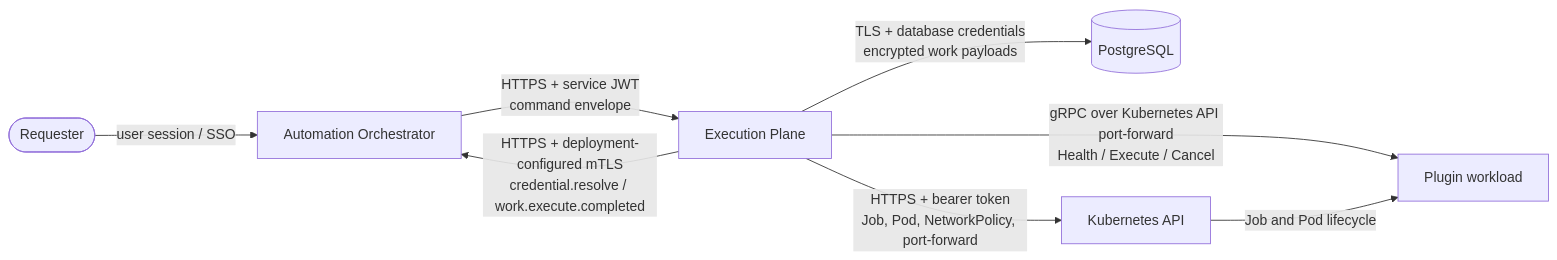
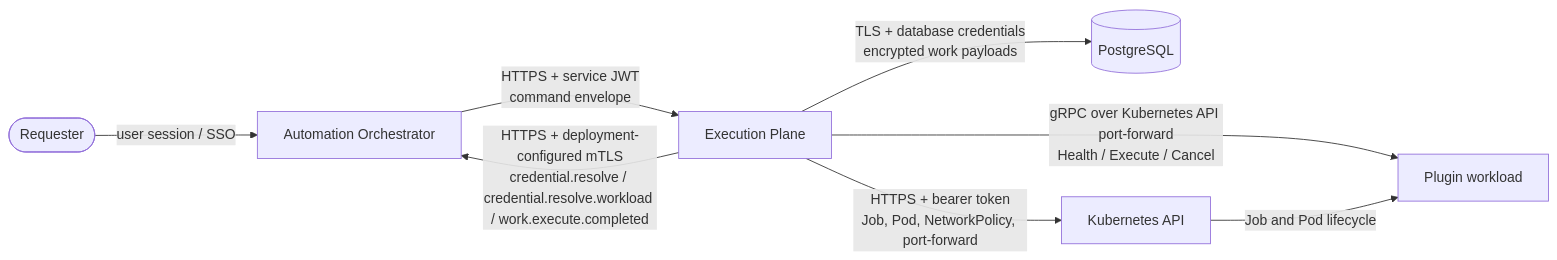
Before and after one commit to syntara-orchestration/syntara-execution-plane: the third of 10 diagrams in docs/architecture.md, drawn with Mermaid. The commit also changed other lines of this file and 28 other files, not shown here.

````diff
--- a/docs/architecture.md
+++ b/docs/architecture.md
@@ -126,17 +126,17 @@
 ```mermaid
 flowchart LR
     Requester([Requester])
     AO[Automation Orchestrator]
     EP[Execution Plane]
     DB[(PostgreSQL)]
     Kube[Kubernetes API]
     Workload[Plugin workload]
 
     Requester -- "user session / SSO" --> AO
     AO -- "HTTPS + service JWT<br/>command envelope" --> EP
-    EP -- "HTTPS + deployment-configured mTLS<br/>credential.resolve / work.execute.completed" --> AO
+    EP -- "HTTPS + deployment-configured mTLS<br/>credential.resolve / credential.resolve.workload / work.execute.completed" --> AO
     EP -- "TLS + database credentials<br/>encrypted work payloads" --> DB
     EP -- "HTTPS + bearer token<br/>Job, Pod, NetworkPolicy, port-forward" --> Kube
     EP -- "gRPC over Kubernetes API port-forward<br/>Health / Execute / Cancel" --> Workload
     Kube -- "Job and Pod lifecycle" --> Workload
 ```
````
